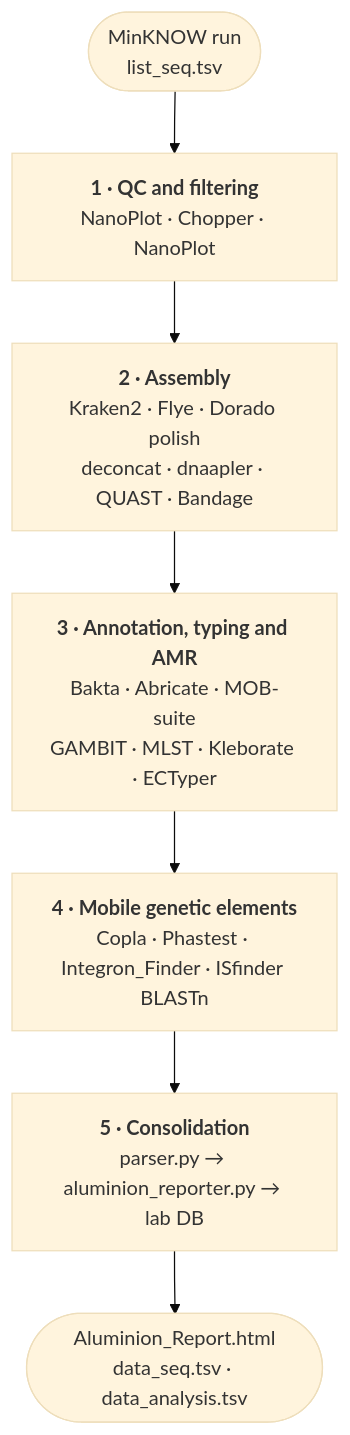
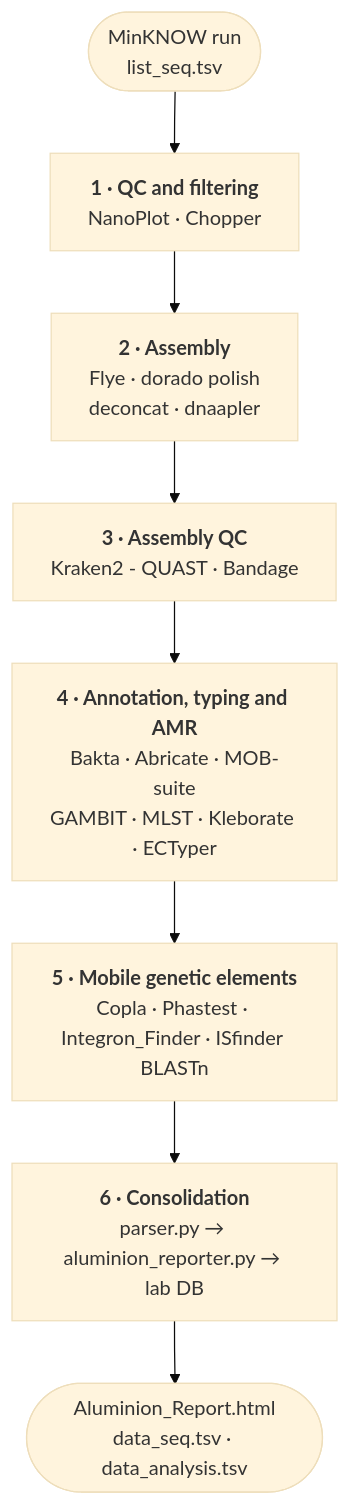
Before and after one commit to Aluminio-visto/Aluminion: the diagram in README.md, drawn with Mermaid (base theme).

````diff
--- a/README.md
+++ b/README.md
@@ -17,12 +17,13 @@
 ```mermaid
 flowchart TB
     IN(["MinKNOW run<br/>list_seq.tsv"])
-    S1["<b>1 · QC and filtering</b><br/>NanoPlot · Chopper · NanoPlot"]
-    S2["<b>2 · Assembly</b><br/>Kraken2 · Flye · Dorado polish<br/>deconcat · dnaapler · QUAST · Bandage"]
-    S3["<b>3 · Annotation, typing and AMR</b><br/>Bakta · Abricate · MOB-suite<br/>GAMBIT · MLST · Kleborate · ECTyper"]
-    S4["<b>4 · Mobile genetic elements</b><br/>Copla · Phastest · Integron_Finder · ISfinder BLASTn"]
-    S5["<b>5 · Consolidation</b><br/>parser.py → aluminion_reporter.py → lab DB"]
+    S1["<b>1 · QC and filtering</b><br/>NanoPlot · Chopper"]
+    S2["<b>2 · Assembly</b><br/>Flye · dorado polish<br/>deconcat · dnaapler"]
+    S3["<b>3 · Assembly QC</b><br/>Kraken2 - QUAST · Bandage"]
+    S4["<b>4 · Annotation, typing and AMR</b><br/>Bakta · Abricate · MOB-suite<br/>GAMBIT · MLST · Kleborate · ECTyper"]
+    S5["<b>5 · Mobile genetic elements</b><br/>Copla · Phastest · Integron_Finder · ISfinder BLASTn"]
+    S6["<b>6 · Consolidation</b><br/>parser.py → aluminion_reporter.py → lab DB"]
     OUT(["Aluminion_Report.html<br/>data_seq.tsv · data_analysis.tsv"])
 
-    IN --> S1 --> S2 --> S3 --> S4 --> S5 --> OUT
+    IN --> S1 --> S2 --> S3 --> S4 --> S5 --> S6 --> OUT
 ```
````
